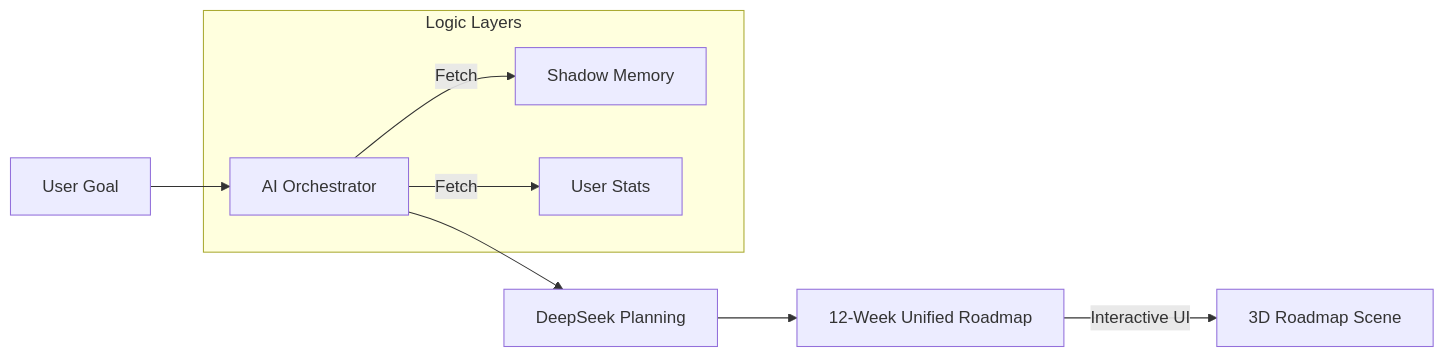
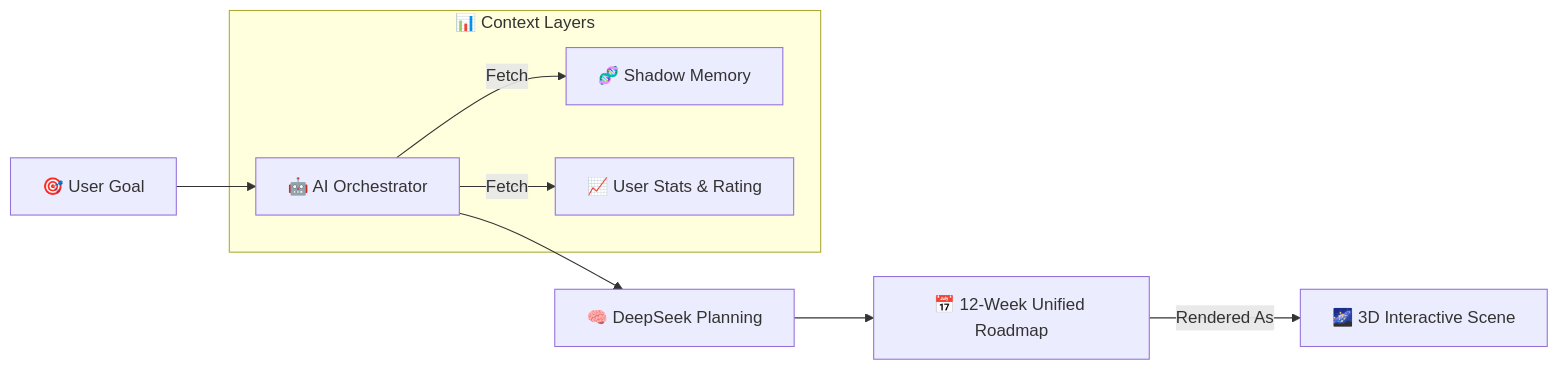
The third of 3 diagrams in USE_CASES.md (arhamxfarooqui/AXIOS-GO), drawn with Mermaid before and after one commit. The commit also changed other lines of this file, not shown here.

First line of the commit message:
Enhance USE_CASES.md with detailed user journeys

````diff
--- a/USE_CASES.md
+++ b/USE_CASES.md
@@ -98,12 +222,12 @@
 ```mermaid
 graph LR
-    A[User Goal] --> B[AI Orchestrator]
-    B --> C[DeepSeek Planning]
-    C --> D[12-Week Unified Roadmap]
-    D -->|Interactive UI| E[3D Roadmap Scene]
-    
-    subgraph "Logic Layers"
-        B -->|Fetch| SM[Shadow Memory]
-        B -->|Fetch| DB[User Stats]
+    A[🎯 User Goal] --> B[🤖 AI Orchestrator]
+    B --> C[🧠 DeepSeek Planning]
+    C --> D[📅 12-Week Unified Roadmap]
+    D -->|Rendered As| E[🌌 3D Interactive Scene]
+
+    subgraph "📊 Context Layers"
+        B -->|Fetch| SM[🧬 Shadow Memory]
+        B -->|Fetch| DB[📈 User Stats & Rating]
     end
 ```
````
